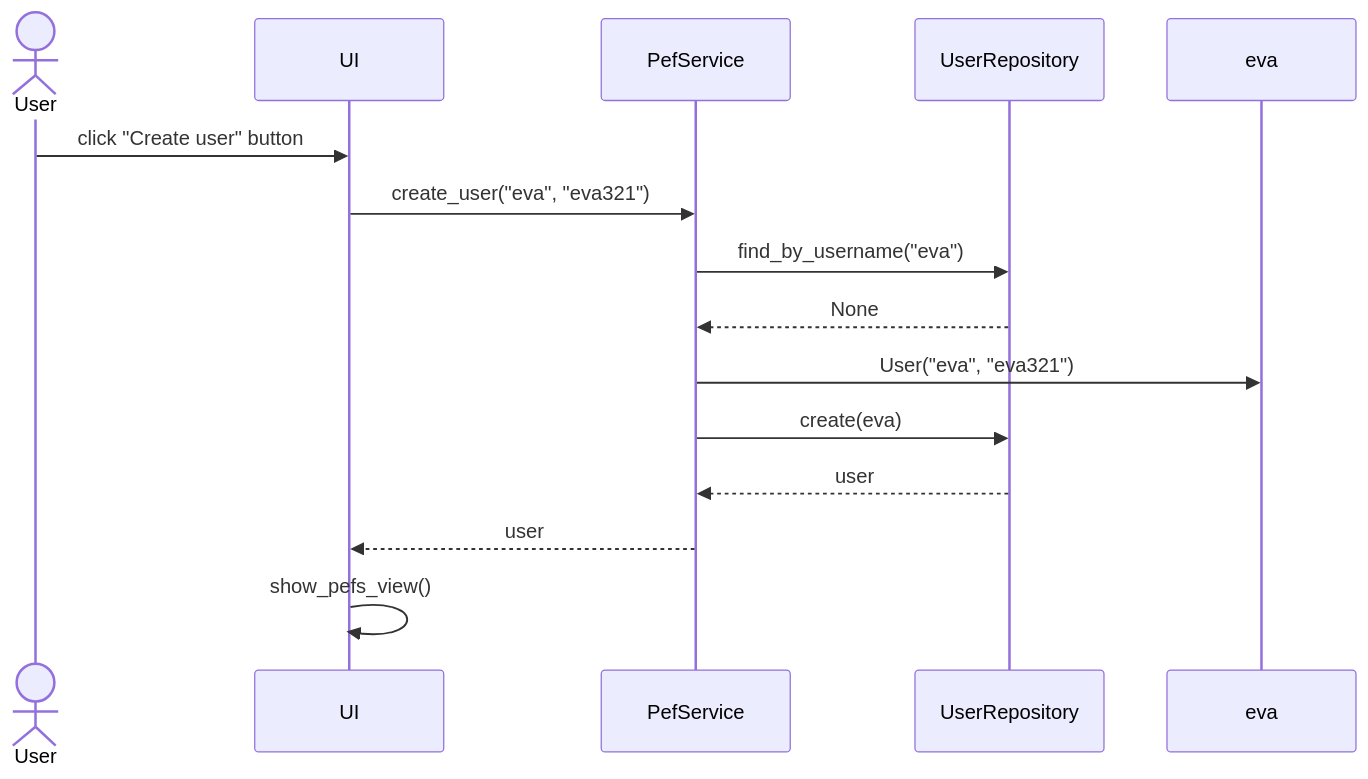
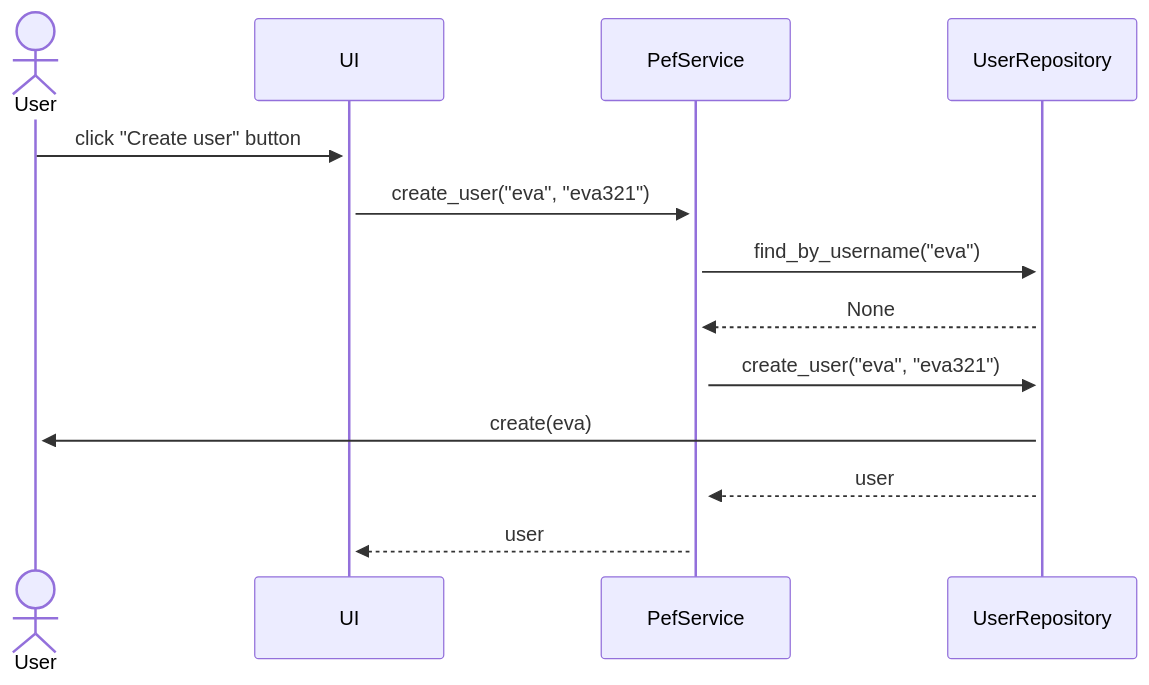
Before and after one commit to JVilo/ot-harjoitustyo: the third of 4 diagrams in dokumentaatio/arkkitehtuuri.md, drawn with Mermaid. The commit also changed other lines of this file, not shown here.

Commit message:
little fixes to the Sequence diagrams

````diff
--- a/dokumentaatio/arkkitehtuuri.md
+++ b/dokumentaatio/arkkitehtuuri.md
@@ -110,17 +109,16 @@
 ```mermaid
 sequenceDiagram
   actor User
   participant UI
   participant PefService
   participant UserRepository
-  participant eva
-  User->>UI: click "Create user" button
-  UI->>PefService: create_user("eva", "eva321")
-  PefService->>UserRepository: find_by_username("eva")
-  UserRepository-->>PefService: None
-  PefService->>eva: User("eva", "eva321")
-  PefService->>UserRepository: create(eva)
+  participant User
+  User->>+UI: click "Create user" button
+  UI->>+PefService: create_user("eva", "eva321")
+  PefService->>+UserRepository: find_by_username("eva")
+  UserRepository-->>+PefService: None
+  PefService->>+UserRepository: create_user("eva", "eva321")
+  UserRepository->>+User: create(eva)
   UserRepository-->>PefService: user
   PefService-->>UI: user
-  UI->>UI: show_pefs_view()
 ```
````
